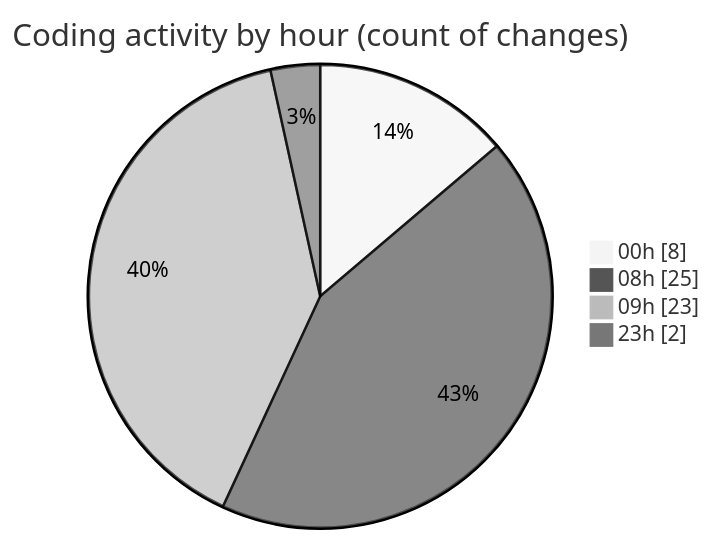
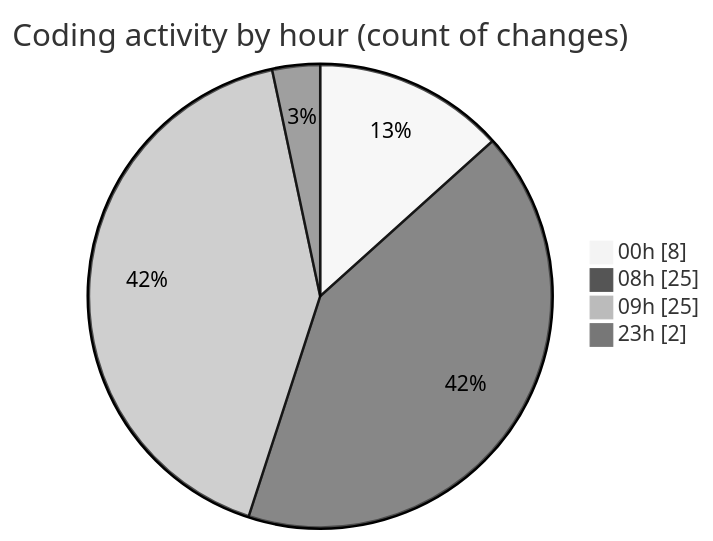
Before and after one commit to EIIisD/code-tracking: the second of 2 diagrams in 2025-08-13/ribbon/README.md, drawn with Mermaid (neutral theme). The commit also changed other lines of this file and 1 other file, not shown here.

````diff
--- a/2025-08-13/ribbon/README.md
+++ b/2025-08-13/ribbon/README.md
@@ -37,8 +37,8 @@
 ```mermaid
 pie showData
 title Coding activity by hour (count of changes)
 "00h" : 8
 "08h" : 25
-"09h" : 23
+"09h" : 25
 "23h" : 2
 ```
````
